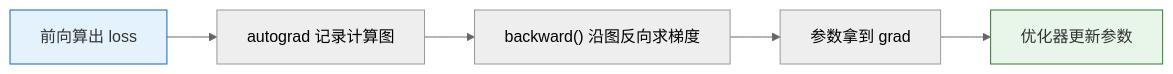
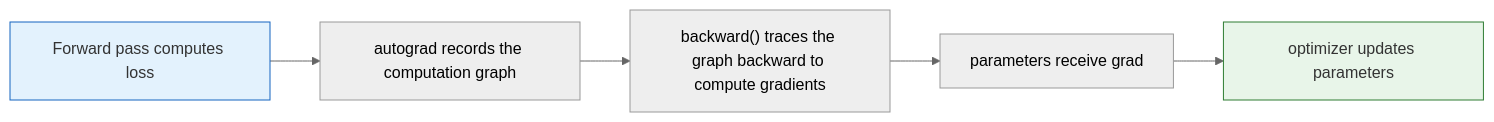
The diagram in docs/ch06-deep-learning/ch02-pytorch/02-autograd.md (oudbiao/AI-fullstack-course), drawn with Mermaid (neutral theme) before and after one commit. The commit also changed other lines of this file and 1406 other files, not shown here.

````diff
--- a/docs/ch06-deep-learning/ch02-pytorch/02-autograd.md
+++ b/docs/ch06-deep-learning/ch02-pytorch/02-autograd.md
@@ -26,10 +26,10 @@
 ```mermaid
 flowchart LR
-    A["前向算出 loss"] --> B["autograd 记录计算图"]
-    B --> C["backward() 沿图反向求梯度"]
-    C --> D["参数拿到 grad"]
-    D --> E["优化器更新参数"]
+    A["Forward pass computes loss"] --> B["autograd records the computation graph"]
+    B --> C["backward() traces the graph backward to compute gradients"]
+    C --> D["parameters receive grad"]
+    D --> E["optimizer updates parameters"]
 
     style A fill:#e3f2fd,stroke:#1565c0,color:#333
     style E fill:#e8f5e9,stroke:#2e7d32,color:#333
 ```
````
